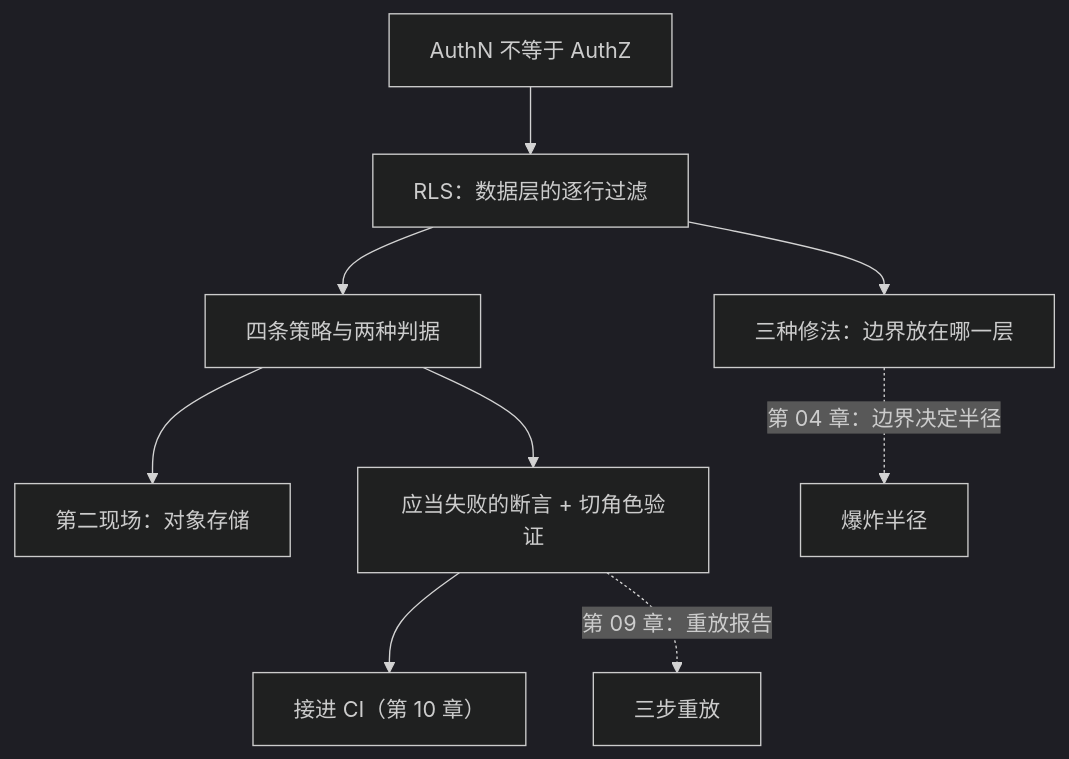
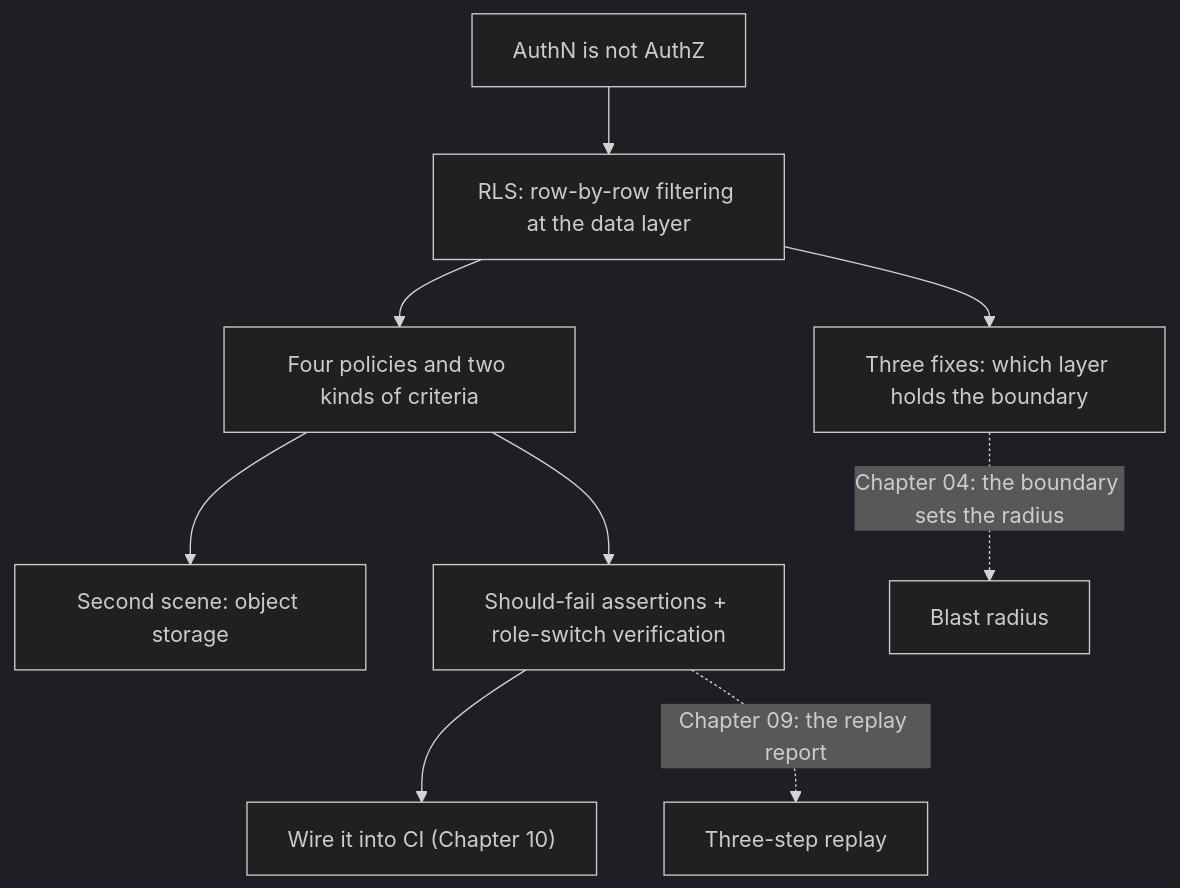
One commit to xzlxiao/vibe-coding-textbook changed the diagram in phase4/chapters/ch06-identity-and-rls.md. Above: the diagram before and after it, drawn with Mermaid (dark theme). The commit also changed other lines of this file and 10 other files, not shown here.

````diff
--- a/phase4/chapters/ch06-identity-and-rls.md
+++ b/phase4/chapters/ch06-identity-and-rls.md
@@ -231,11 +231,11 @@
 ```mermaid
 flowchart TD
-    A["AuthN 不等于 AuthZ"] --> B["RLS：数据层的逐行过滤"]
-    B --> C["四条策略与两种判据"]
-    C --> D["第二现场：对象存储"]
-    B --> E["三种修法：边界放在哪一层"]
-    C --> F["应当失败的断言 + 切角色验证"]
-    F --> G["接进 CI（第 10 章）"]
-    F -.->|"第 09 章：重放报告"| N["三步重放"]
-    E -.->|"第 04 章：边界决定半径"| M["爆炸半径"]
+    A["AuthN is not AuthZ"] --> B["RLS: row-by-row filtering at the data layer"]
+    B --> C["Four policies and two kinds of criteria"]
+    C --> D["Second scene: object storage"]
+    B --> E["Three fixes: which layer holds the boundary"]
+    C --> F["Should-fail assertions + role-switch verification"]
+    F --> G["Wire it into CI (Chapter 10)"]
+    F -.->|"Chapter 09: the replay report"| N["Three-step replay"]
+    E -.->|"Chapter 04: the boundary sets the radius"| M["Blast radius"]
 ```
````
